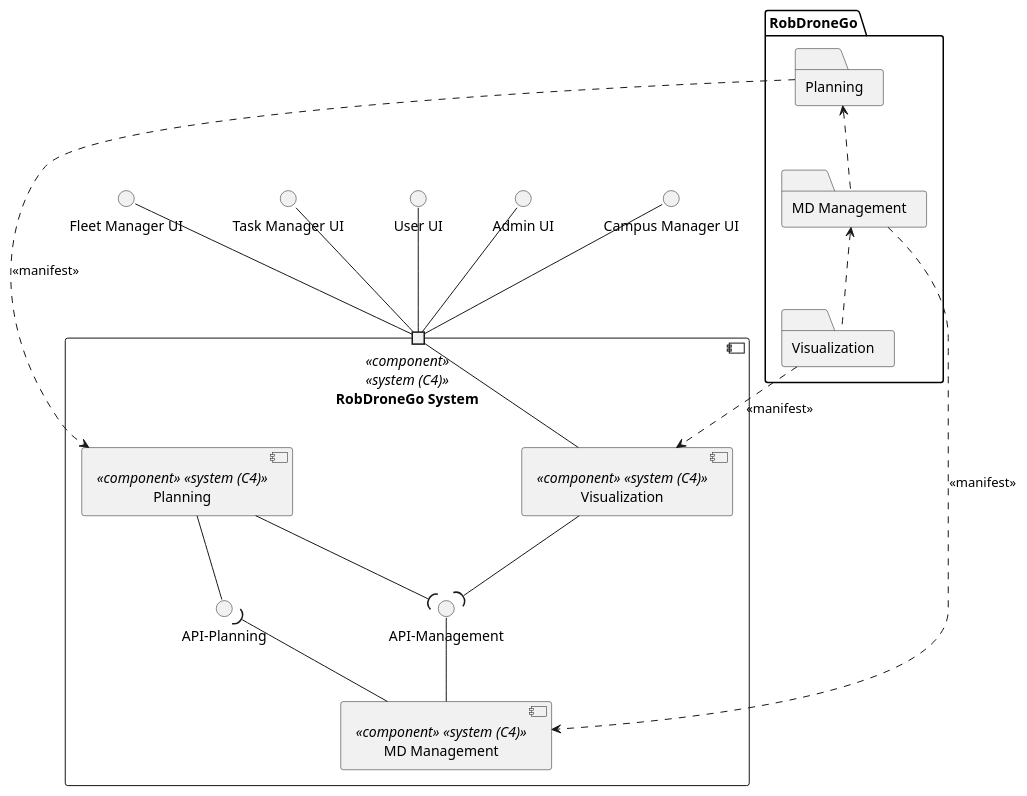
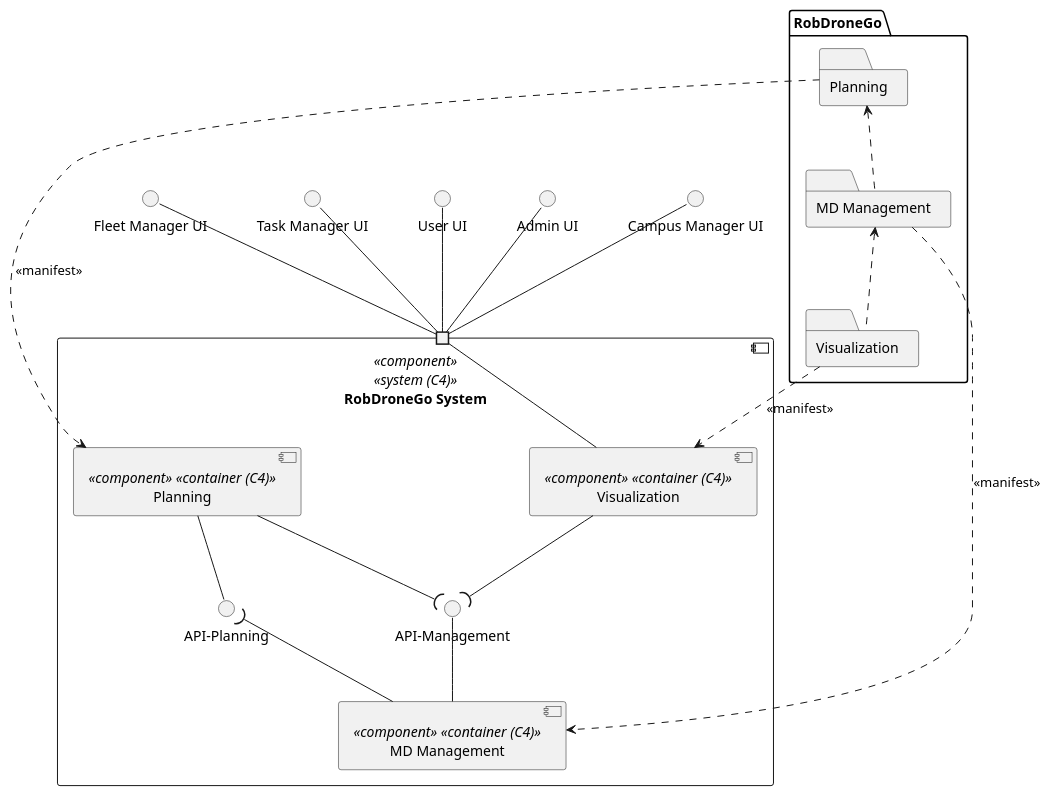
One commit to miseEnPlace-dev/lapr5 changed the diagram in _wiki/views/mapping/level-2/lv-iv.puml. Above: the diagram before and after it, drawn with PlantUML. The commit also changed 1 other file, not shown here.

```diff
--- a/_wiki/views/mapping/level-2/lv-iv.puml
+++ b/_wiki/views/mapping/level-2/lv-iv.puml
@@ -1,61 +1,61 @@
 @startuml lv-iv
 
 folder "RobDroneGo" {
   
   folder "Visualization" as PV {
   }
 
   folder "MD Management" as PMDM {
   }
 
   folder "Planning" as PP {
   }
 }
 
 
 PMDM <.. PV
 PP <.. PMDM
 
 /' ----------------------------------------------------- '/
 
 interface "Admin UI" as AUI
 interface "Campus Manager UI" as CUI
 interface "Fleet Manager UI" as FUI
 interface "Task Manager UI" as TUI
 interface "User UI" as UUI
 
 component "RobDroneGo System" <<component>> <<system (C4)>> {
   portin " " as P1
 
   Interface "API-Management" as API
   Interface "API-Planning" as PAPI
   
-  component "Visualization" as V <<component>> <<system (C4)>> {
+  component "Visualization" as V <<component>> <<container (C4)>> {
   }
 
-  component "MD Management" as MDM <<component>> <<system (C4)>> {
+  component "MD Management" as MDM <<component>> <<container (C4)>> {
   }
 
-  component "Planning" as P <<component>> <<system (C4)>> {
+  component "Planning" as P <<component>> <<container (C4)>> {
   }
 }
 
 
 V -- P1
 MDM -up- API
 V --( API
 P --( API
 P -- PAPI
 MDM -up-( PAPI
 
 AUI -- P1
 CUI -- P1
 FUI -- P1
 TUI -- P1
 UUI -- P1
 
 PV ..> V : <<manifest>>
 PMDM ..> MDM : <<manifest>>
 PP ..> P : <<manifest>>
 
 @enduml
```
